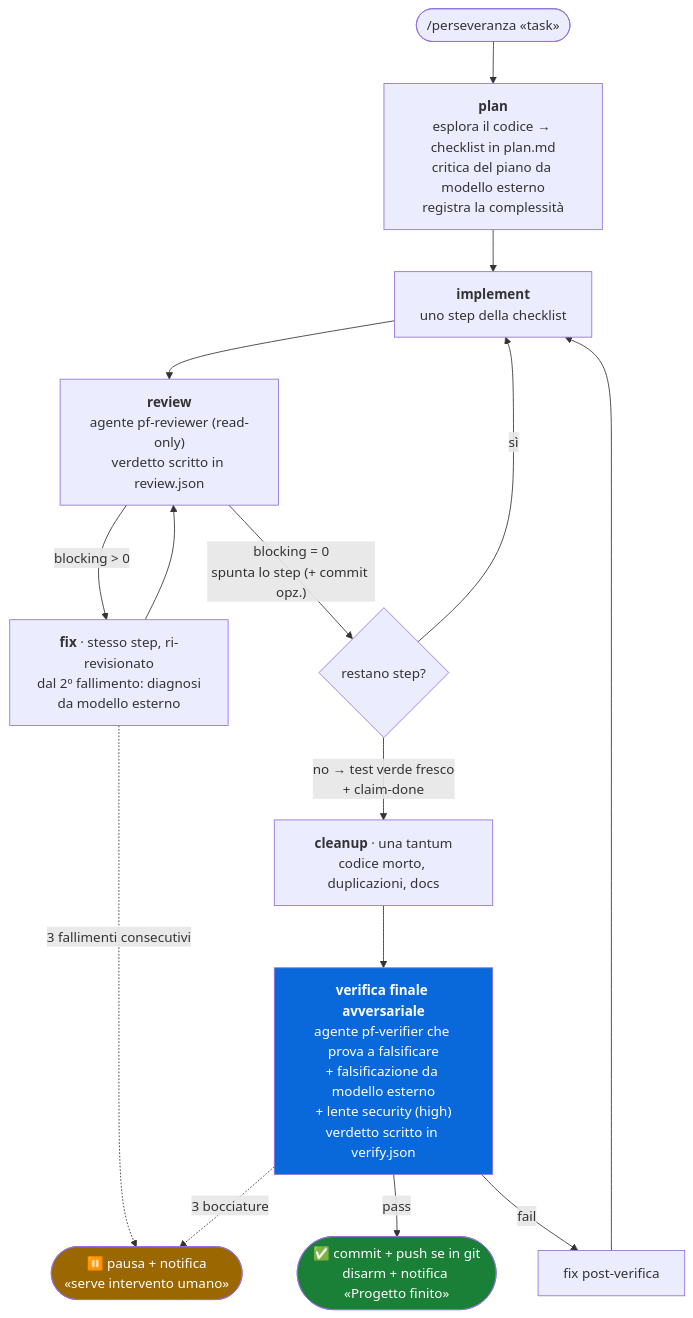
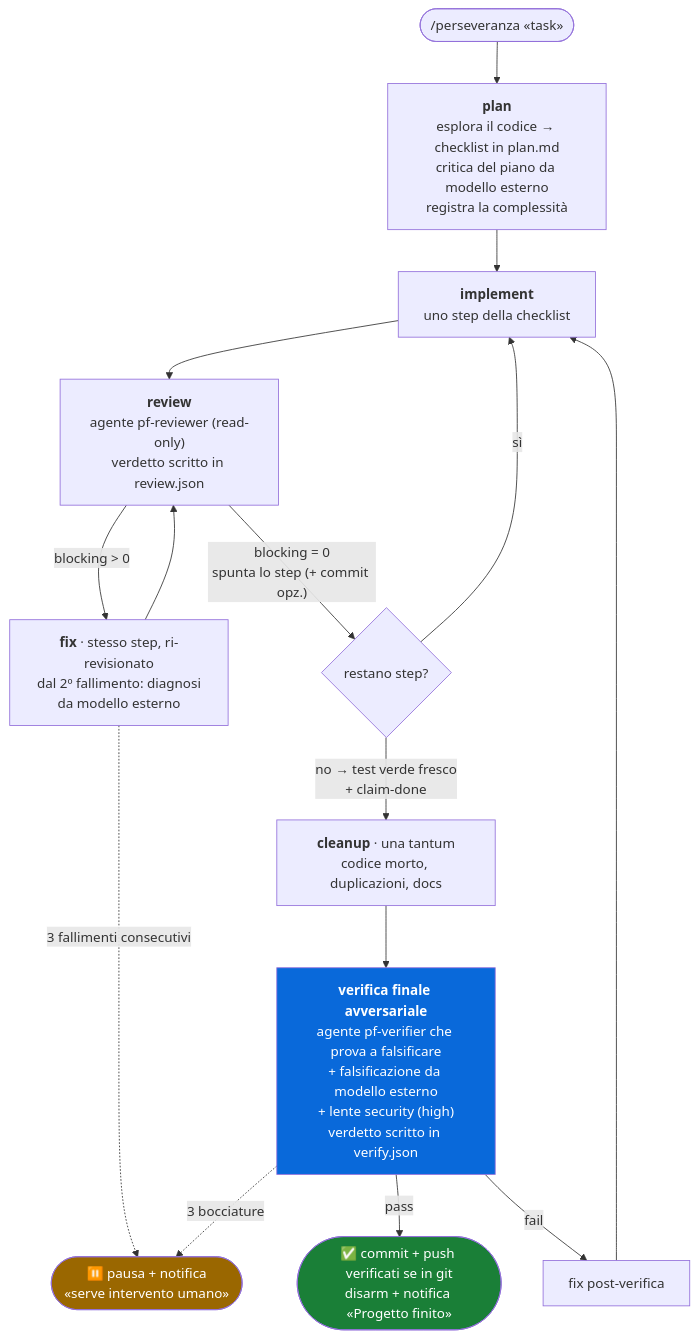
Before and after one commit to ilmondovero/perseveranza: the diagram in README.md, drawn with Mermaid. The commit also changed other lines of this file and 2 other files, not shown here.

First line of the commit message:
v1.6.0: chiusura piu' severa prima di commit+push

````diff
--- a/README.md
+++ b/README.md
@@ -22,22 +22,22 @@
 ```mermaid
 flowchart TD
     START(["/perseveranza «task»"]) --> PLAN
     PLAN["<b>plan</b><br/>esplora il codice → checklist in plan.md<br/>critica del piano da modello esterno<br/>registra la complessità"] --> IMPL
     IMPL["<b>implement</b><br/>uno step della checklist"] --> REV
     REV["<b>review</b><br/>agente pf-reviewer (read-only)<br/>verdetto scritto in review.json"] -- "blocking > 0" --> FIX
     FIX["<b>fix</b> · stesso step, ri-revisionato<br/>dal 2º fallimento: diagnosi<br/>da modello esterno"] --> REV
     REV -- "blocking = 0<br/>spunta lo step (+ commit opz.)" --> NEXT{"restano step?"}
     NEXT -- "sì" --> IMPL
     NEXT -- "no → test verde fresco<br/>+ claim-done" --> CLEAN
     CLEAN["<b>cleanup</b> · una tantum<br/>codice morto, duplicazioni, docs"] --> VERIFY
     VERIFY["<b>verifica finale avversariale</b><br/>agente pf-verifier che prova a falsificare<br/>+ falsificazione da modello esterno<br/>+ lente security (high)<br/>verdetto scritto in verify.json"] -- "pass" --> DONE
     VERIFY -- "fail" --> POSTFIX["fix post-verifica"] --> IMPL
     FIX -. "3 fallimenti consecutivi" .-> PAUSE
     VERIFY -. "3 bocciature" .-> PAUSE
-    DONE(["✅ commit + push se in git<br/>disarm + notifica «Progetto finito»"])
+    DONE(["✅ commit + push verificati se in git<br/>disarm + notifica «Progetto finito»"])
     PAUSE(["⏸️ pausa + notifica<br/>«serve intervento umano»"])
 
     style DONE fill:#1a7f37,color:#fff
     style PAUSE fill:#9a6700,color:#fff
     style VERIFY fill:#0969da,color:#fff
 ```
````
